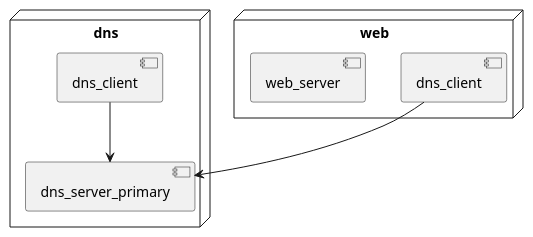
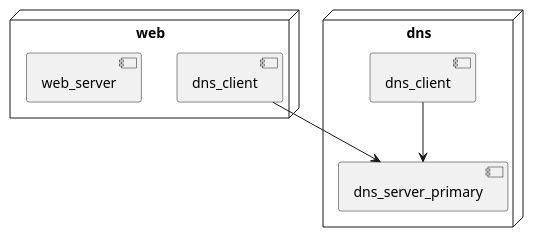
One commit to lucasluduenasegre/plantuml2ansible changed the second of 5 diagrams in README.md. Above: the diagram before and after it, drawn with PlantUML. The commit also changed other lines of this file and 27 other files, not shown here.

````diff
--- a/README.md
+++ b/README.md
@@ -95,20 +97,20 @@
 ```plantuml
 @startuml example_full_env
 set separator .
+
+node web {
+    component dns_client
+    component web_server
+}
 
 node dns {
     component dns_client
     component dns_server_primary
 }
 
-node web {
-    component dns_client
-    component web_server
-}
+web.dns_client --> dns.dns_server_primary
 
 dns.dns_client --> dns.dns_server_primary
 
-web.dns_client --> dns.dns_server_primary
-
 @enduml
 ```
````
